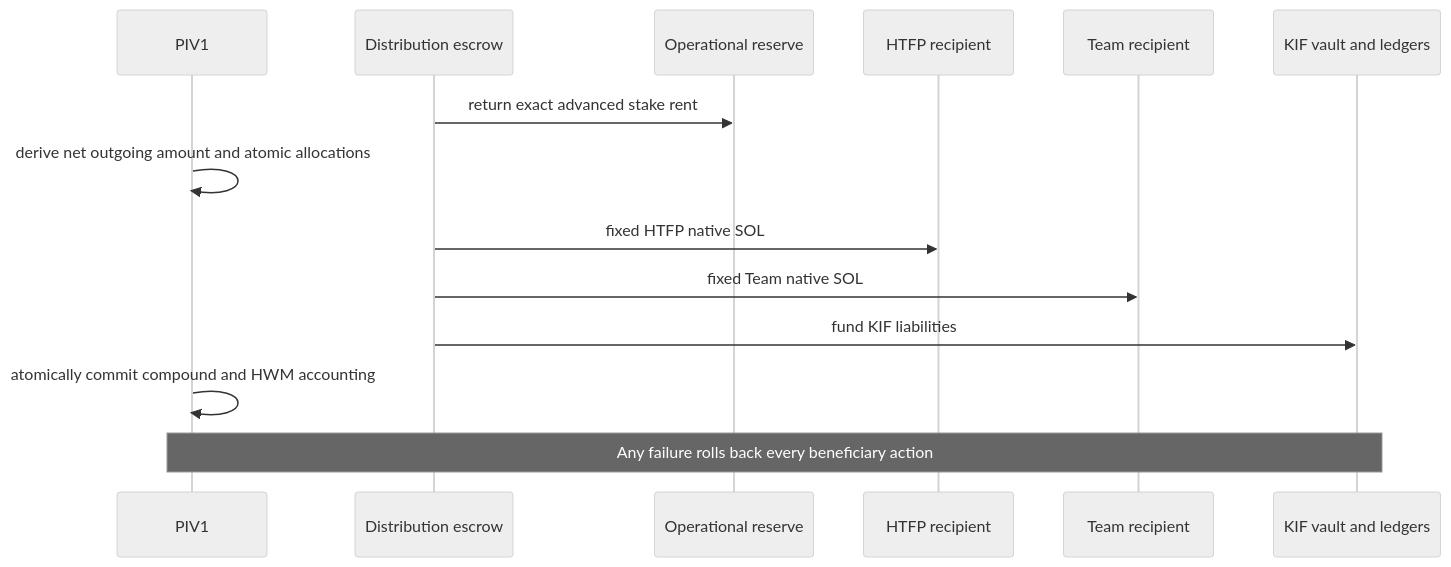
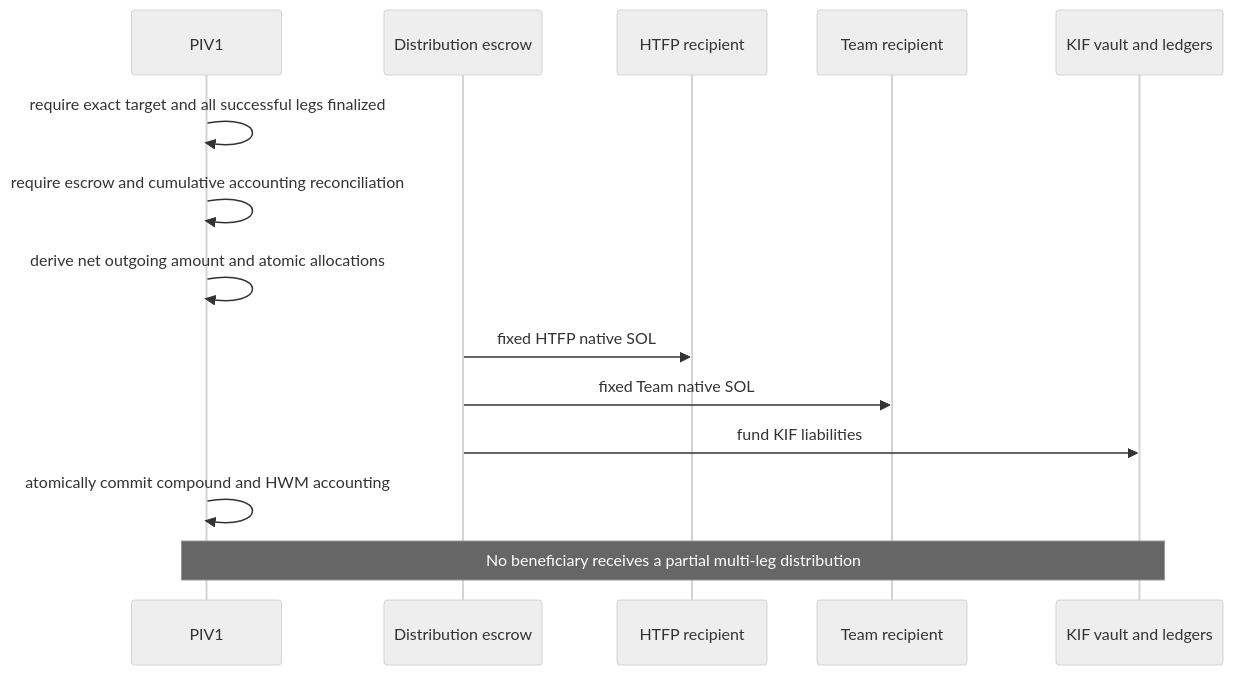
The seventh of 8 diagrams in docs/PHASE_0_VALIDATION_REPORT.md (HoldTheFuckingPosition/PIV1), drawn with Mermaid (neutral theme) before and after one commit. The commit also changed other lines of this file and 5 other files, not shown here.

Commit message:
docs: confirm Phase 0 architecture decisions

```diff
--- a/docs/PHASE_0_VALIDATION_REPORT.md
+++ b/docs/PHASE_0_VALIDATION_REPORT.md
@@ -414,16 +448,16 @@
 ~~~mermaid
 sequenceDiagram
     participant P as PIV1
     participant E as Distribution escrow
-    participant O as Operational reserve
     participant H as HTFP recipient
     participant T as Team recipient
     participant K as KIF vault and ledgers
-    E->>O: return exact advanced stake rent
+    P->>P: require exact target and all successful legs finalized
+    P->>P: require escrow and cumulative accounting reconciliation
     P->>P: derive net outgoing amount and atomic allocations
     E->>H: fixed HTFP native SOL
     E->>T: fixed Team native SOL
     E->>K: fund KIF liabilities
     P->>P: atomically commit compound and HWM accounting
-    Note over P,K: Any failure rolls back every beneficiary action
+    Note over P,K: No beneficiary receives a partial multi-leg distribution
 ~~~
```
